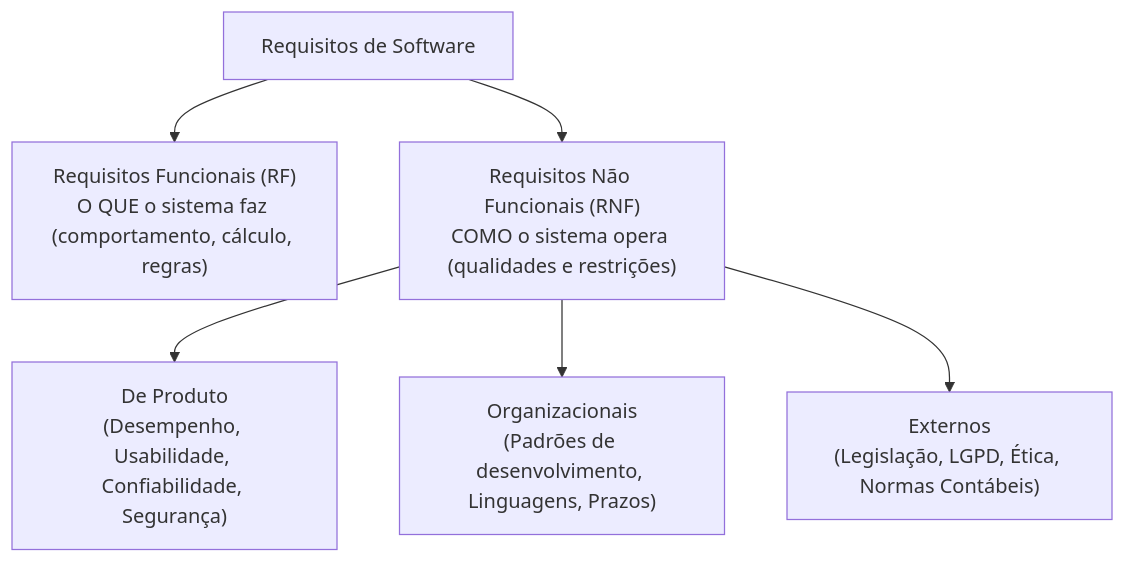
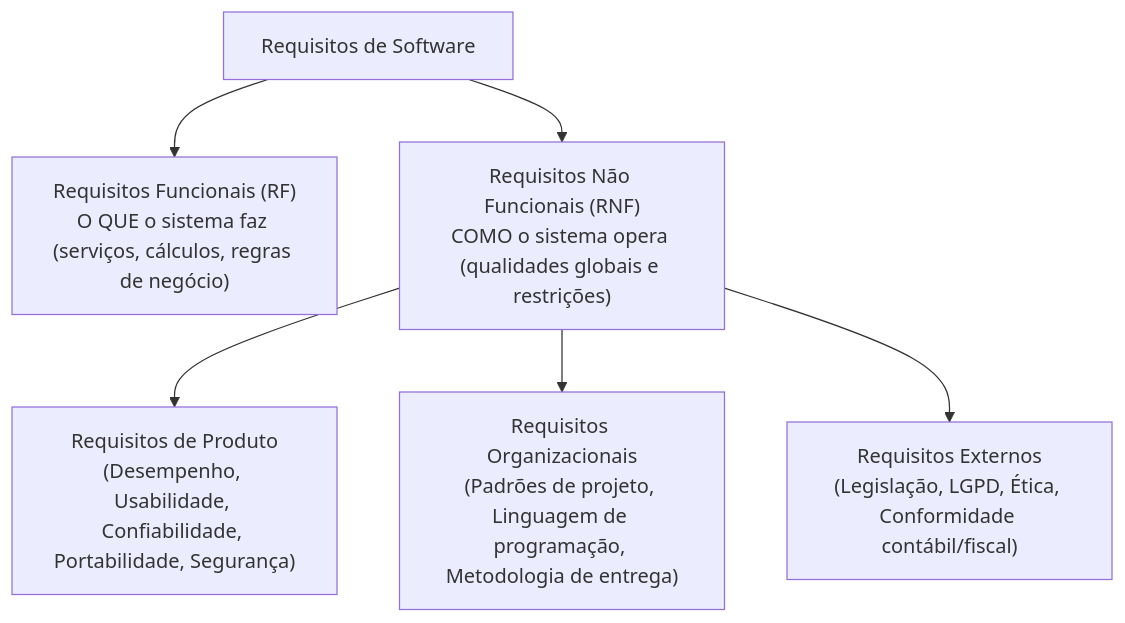
Before and after one commit to thiagosantos346/TCE-GO-2027: the first of 3 diagrams in fontes_de_estudo/conhecimentos_especificos_b02_ti/04_engenharia_de_software/02_requisitos_historias_de_usuario_uml_e_bpmn.md, drawn with Mermaid. The commit also changed other lines of this file and 119 other files, not shown here.

````diff
--- a/fontes_de_estudo/conhecimentos_especificos_b02_ti/04_engenharia_de_software/02_requisitos_historias_de_usuario_uml_e_bpmn.md
+++ b/fontes_de_estudo/conhecimentos_especificos_b02_ti/04_engenharia_de_software/02_requisitos_historias_de_usuario_uml_e_bpmn.md
@@ -76,8 +66,9 @@
 ```mermaid
 flowchart TD
-    REQ["Requisitos de Software"] --> RF["Requisitos Funcionais (RF)<br/>O QUE o sistema faz (comportamento, cálculo, regras)"]
-    REQ --> RNF["Requisitos Não Funcionais (RNF)<br/>COMO o sistema opera (qualidades e restrições)"]
-    RNF --> RNF_PROD["De Produto<br/>(Desempenho, Usabilidade, Confiabilidade, Segurança)"]
-    RNF --> RNF_ORG["Organizacionais<br/>(Padrões de desenvolvimento, Linguagens, Prazos)"]
-    RNF --> RNF_EXT["Externos<br/>(Legislação, LGPD, Ética, Normas Contábeis)"]
+    REQ["Requisitos de Software"] --> RF["Requisitos Funcionais (RF)<br/>O QUE o sistema faz (serviços, cálculos, regras de negócio)"]
+    REQ --> RNF["Requisitos Não Funcionais (RNF)<br/>COMO o sistema opera (qualidades globais e restrições)"]
+    
+    RNF --> RNF_PROD["Requisitos de Produto<br/>(Desempenho, Usabilidade, Confiabilidade, Portabilidade, Segurança)"]
+    RNF --> RNF_ORG["Requisitos Organizacionais<br/>(Padrões de projeto, Linguagem de programação, Metodologia de entrega)"]
+    RNF --> RNF_EXT["Requisitos Externos<br/>(Legislação, LGPD, Ética, Conformidade contábil/fiscal)"]
 ```
````
